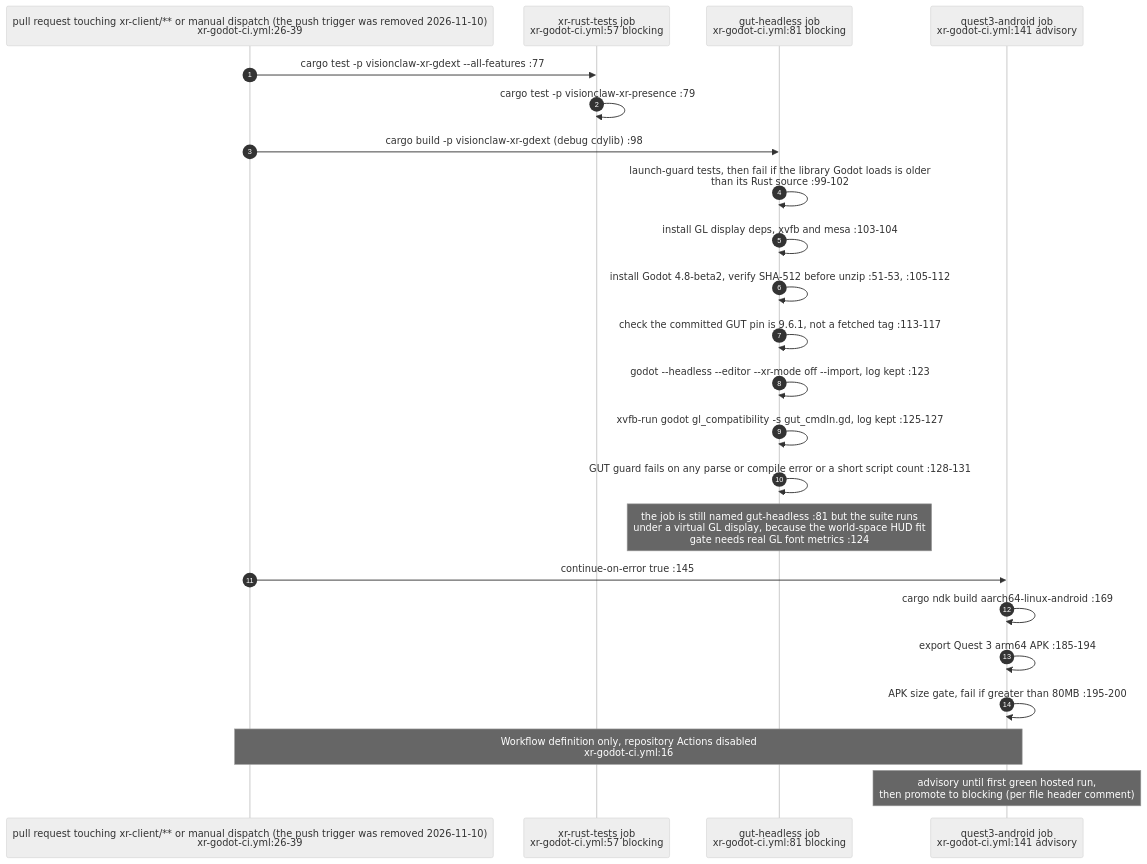
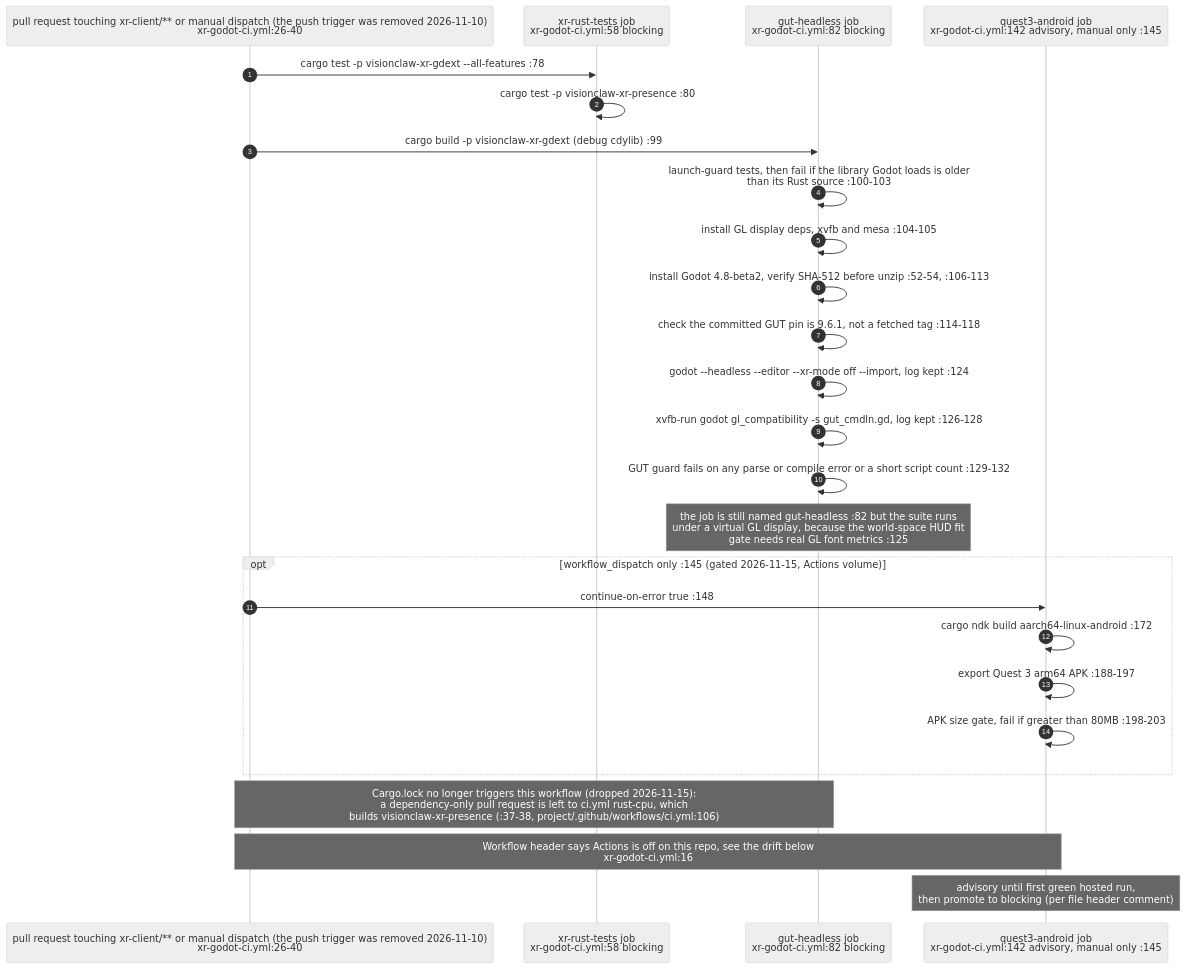
One commit to DreamLab-AI/VisionFlow changed diagram 14 of 24 in docs/diagrams/estate/09-build-deploy-and-ci-estate.md. Above: the diagram before and after it, drawn with Mermaid (neutral theme). The commit also changed other lines of this file and 70 other files, not shown here.

First line of the commit message:
docs(diagrams): re-verify 69 topics at current default-branch heads

````diff
--- a/docs/diagrams/estate/09-build-deploy-and-ci-estate.md
+++ b/docs/diagrams/estate/09-build-deploy-and-ci-estate.md
@@ -570,26 +573,29 @@
 ```mermaid
 sequenceDiagram
     autonumber
-    participant GH as pull request touching xr-client/** or manual dispatch (the push trigger was removed 2026-11-10)<br/>xr-godot-ci.yml:26-39
-    participant RT as xr-rust-tests job<br/>xr-godot-ci.yml:57 blocking
-    participant GUT as gut-headless job<br/>xr-godot-ci.yml:81 blocking
-    participant Q3 as quest3-android job<br/>xr-godot-ci.yml:141 advisory
+    participant GH as pull request touching xr-client/** or manual dispatch (the push trigger was removed 2026-11-10)<br/>xr-godot-ci.yml:26-40
+    participant RT as xr-rust-tests job<br/>xr-godot-ci.yml:58 blocking
+    participant GUT as gut-headless job<br/>xr-godot-ci.yml:82 blocking
+    participant Q3 as quest3-android job<br/>xr-godot-ci.yml:142 advisory, manual only :145
 
-    GH->>RT: cargo test -p visionclaw-xr-gdext --all-features :77
-    RT->>RT: cargo test -p visionclaw-xr-presence :79
-    GH->>GUT: cargo build -p visionclaw-xr-gdext (debug cdylib) :98
-    GUT->>GUT: launch-guard tests, then fail if the library Godot loads is older<br/>than its Rust source :99-102
-    GUT->>GUT: install GL display deps, xvfb and mesa :103-104
-    GUT->>GUT: install Godot 4.8-beta2, verify SHA-512 before unzip :51-53, :105-112
-    GUT->>GUT: check the committed GUT pin is 9.6.1, not a fetched tag :113-117
-    GUT->>GUT: godot --headless --editor --xr-mode off --import, log kept :123
-    GUT->>GUT: xvfb-run godot gl_compatibility -s gut_cmdln.gd, log kept :125-127
-    GUT->>GUT: GUT guard fails on any parse or compile error or a short script count :128-131
-    Note over GUT: the job is still named gut-headless :81 but the suite runs<br/>under a virtual GL display, because the world-space HUD fit<br/>gate needs real GL font metrics :124
-    GH->>Q3: continue-on-error true :145
-    Q3->>Q3: cargo ndk build aarch64-linux-android :169
-    Q3->>Q3: export Quest 3 arm64 APK :185-194
-    Q3->>Q3: APK size gate, fail if greater than 80MB :195-200
-    Note over GH,Q3: Workflow definition only, repository Actions disabled<br/>xr-godot-ci.yml:16
+    GH->>RT: cargo test -p visionclaw-xr-gdext --all-features :78
+    RT->>RT: cargo test -p visionclaw-xr-presence :80
+    GH->>GUT: cargo build -p visionclaw-xr-gdext (debug cdylib) :99
+    GUT->>GUT: launch-guard tests, then fail if the library Godot loads is older<br/>than its Rust source :100-103
+    GUT->>GUT: install GL display deps, xvfb and mesa :104-105
+    GUT->>GUT: install Godot 4.8-beta2, verify SHA-512 before unzip :52-54, :106-113
+    GUT->>GUT: check the committed GUT pin is 9.6.1, not a fetched tag :114-118
+    GUT->>GUT: godot --headless --editor --xr-mode off --import, log kept :124
+    GUT->>GUT: xvfb-run godot gl_compatibility -s gut_cmdln.gd, log kept :126-128
+    GUT->>GUT: GUT guard fails on any parse or compile error or a short script count :129-132
+    Note over GUT: the job is still named gut-headless :82 but the suite runs<br/>under a virtual GL display, because the world-space HUD fit<br/>gate needs real GL font metrics :125
+    opt workflow_dispatch only :145 (gated 2026-11-15, Actions volume)
+        GH->>Q3: continue-on-error true :148
+        Q3->>Q3: cargo ndk build aarch64-linux-android :172
+        Q3->>Q3: export Quest 3 arm64 APK :188-197
+        Q3->>Q3: APK size gate, fail if greater than 80MB :198-203
+    end
+    Note over GH,GUT: Cargo.lock no longer triggers this workflow (dropped 2026-11-15):<br/>a dependency-only pull request is left to ci.yml rust-cpu, which<br/>builds visionclaw-xr-presence (:37-38, project/.github/workflows/ci.yml:106)
+    Note over GH,Q3: Workflow header says Actions is off on this repo, see the drift below<br/>xr-godot-ci.yml:16
     Note over Q3: advisory until first green hosted run,<br/>then promote to blocking (per file header comment)
 ```
````
